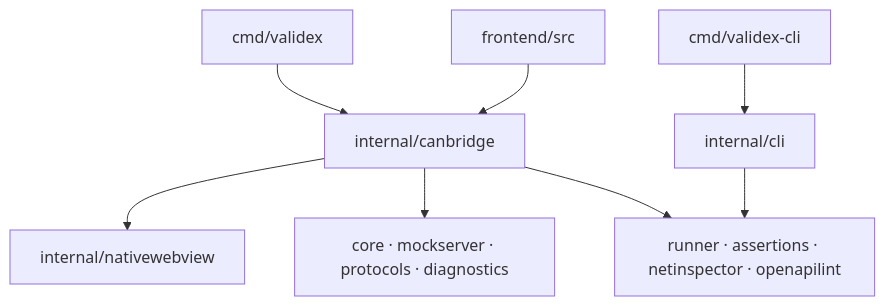
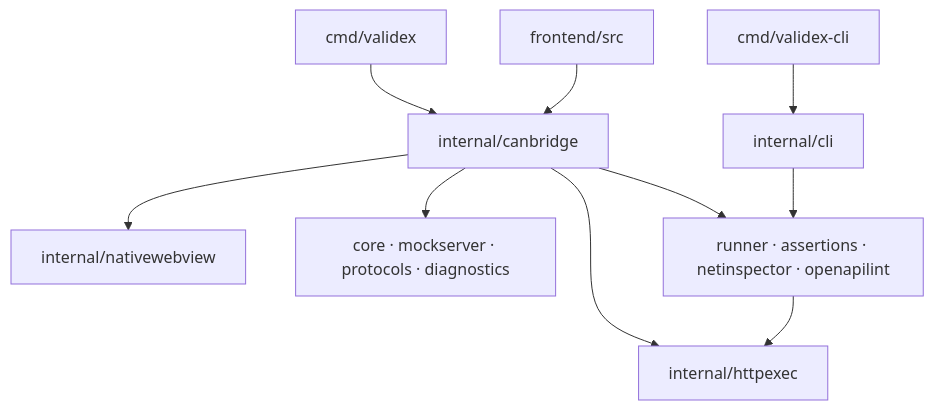
One commit to TunahanCan/lazy-test changed the second of 3 diagrams in architect.md. Above: the diagram before and after it, drawn with Mermaid. The commit also changed other lines of this file and 25 other files, not shown here.

````diff
--- a/architect.md
+++ b/architect.md
@@ -229,19 +231,22 @@
 ```mermaid
 flowchart TD
     DesktopRoot["cmd/validex"]
     CLIRoot["cmd/validex-cli"]
     Frontend["frontend/src"]
     Canbridge["internal/canbridge"]
     CLIAdapter["internal/cli"]
     Native["internal/nativewebview"]
+    HTTPExec["internal/httpexec"]
     Core["core · mockserver · protocols · diagnostics"]
     Automation["runner · assertions · netinspector · openapilint"]
 
     DesktopRoot --> Canbridge
     Frontend --> Canbridge
     Canbridge --> Native
     Canbridge --> Core
     Canbridge --> Automation
+    Canbridge --> HTTPExec
+    Automation --> HTTPExec
     CLIRoot --> CLIAdapter
     CLIAdapter --> Automation
 ```
````
